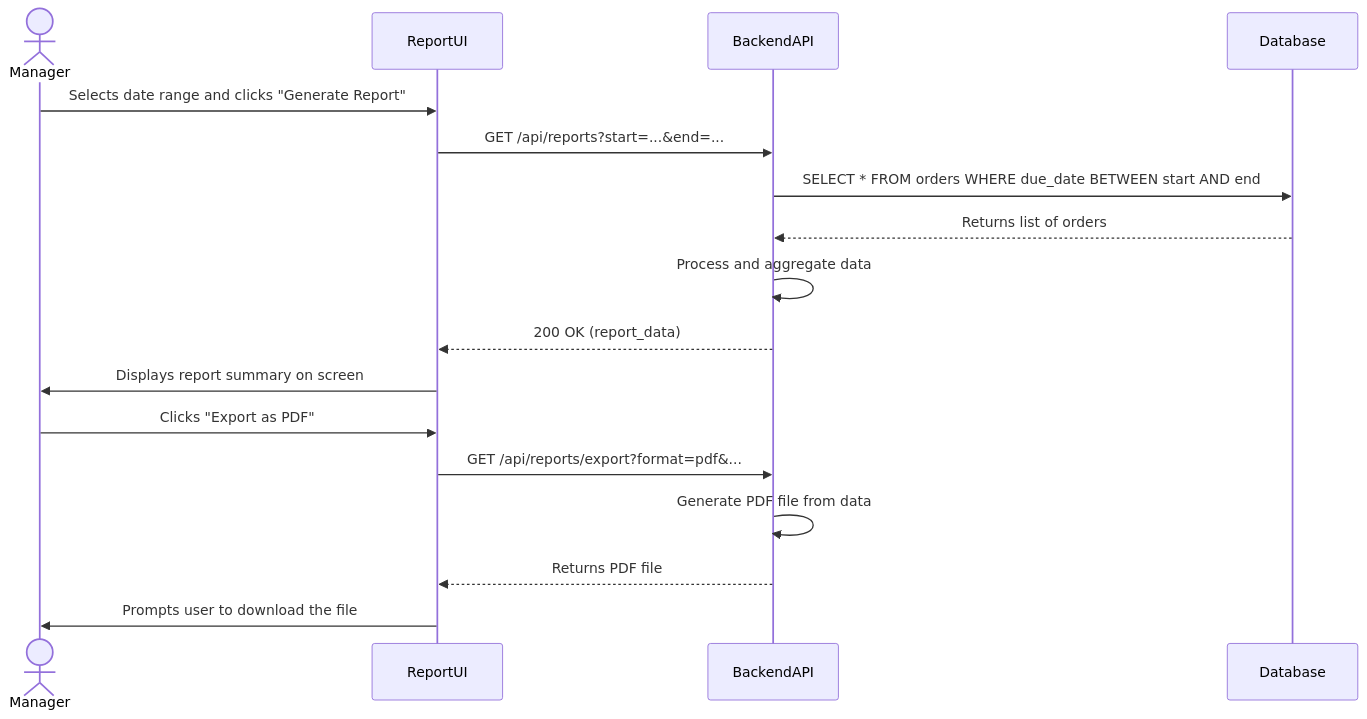
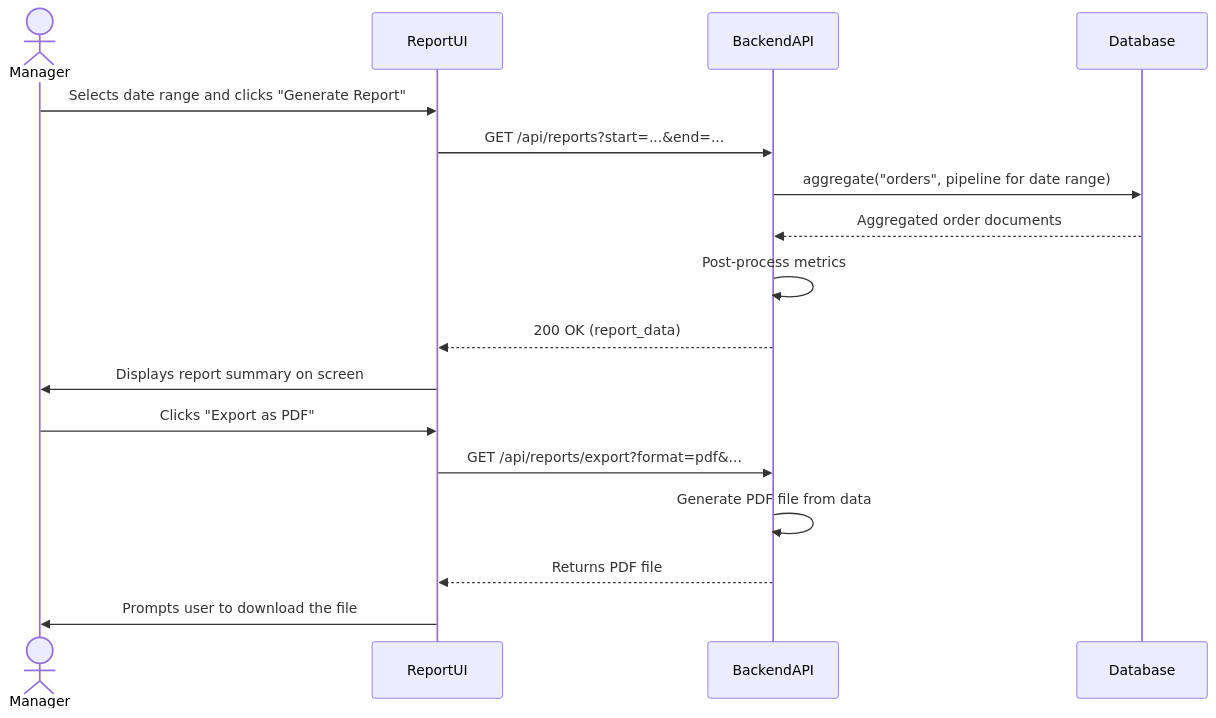
Before and after one commit to TheFelixGomez/cen5035-optiflow-frontend: the third of 7 diagrams in docs/sequence-diagrams.md, drawn with Mermaid. The commit also changed other lines of this file, not shown here.

Commit message:
docs: align sequence diagrams with MongoDB operations

````diff
--- a/docs/sequence-diagrams.md
+++ b/docs/sequence-diagrams.md
@@ -49,20 +49,20 @@
 ```mermaid
 sequenceDiagram
     actor Manager
     participant ReportUI
     participant BackendAPI
     participant Database
 
     Manager->>ReportUI: Selects date range and clicks "Generate Report"
     ReportUI->>BackendAPI: GET /api/reports?start=...&end=...
-    BackendAPI->>Database: SELECT * FROM orders WHERE due_date BETWEEN start AND end
-    Database-->>BackendAPI: Returns list of orders
-    BackendAPI->>BackendAPI: Process and aggregate data
+    BackendAPI->>Database: aggregate("orders", pipeline for date range)
+    Database-->>BackendAPI: Aggregated order documents
+    BackendAPI->>BackendAPI: Post-process metrics
     BackendAPI-->>ReportUI: 200 OK (report_data)
     ReportUI->>Manager: Displays report summary on screen
     Manager->>ReportUI: Clicks "Export as PDF"
     ReportUI->>BackendAPI: GET /api/reports/export?format=pdf&...
     BackendAPI->>BackendAPI: Generate PDF file from data
     BackendAPI-->>ReportUI: Returns PDF file
     ReportUI->>Manager: Prompts user to download the file
 ```
````
